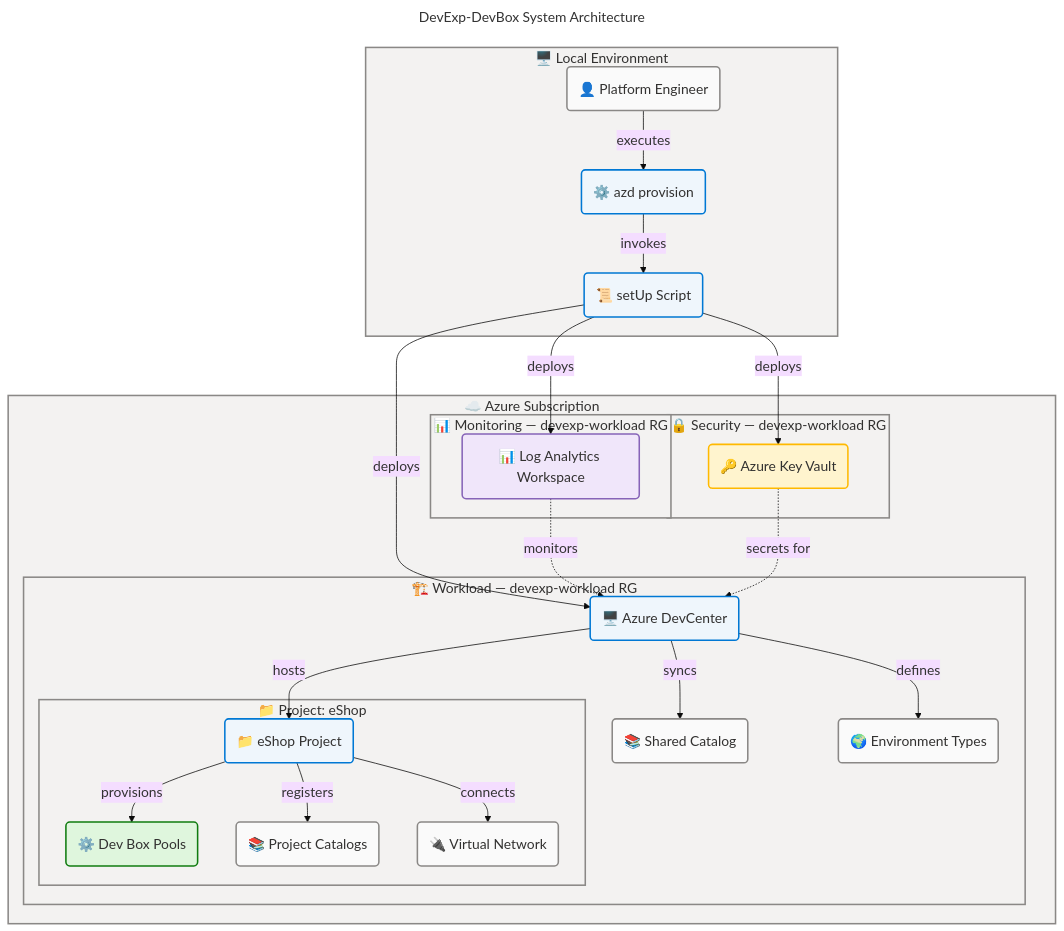
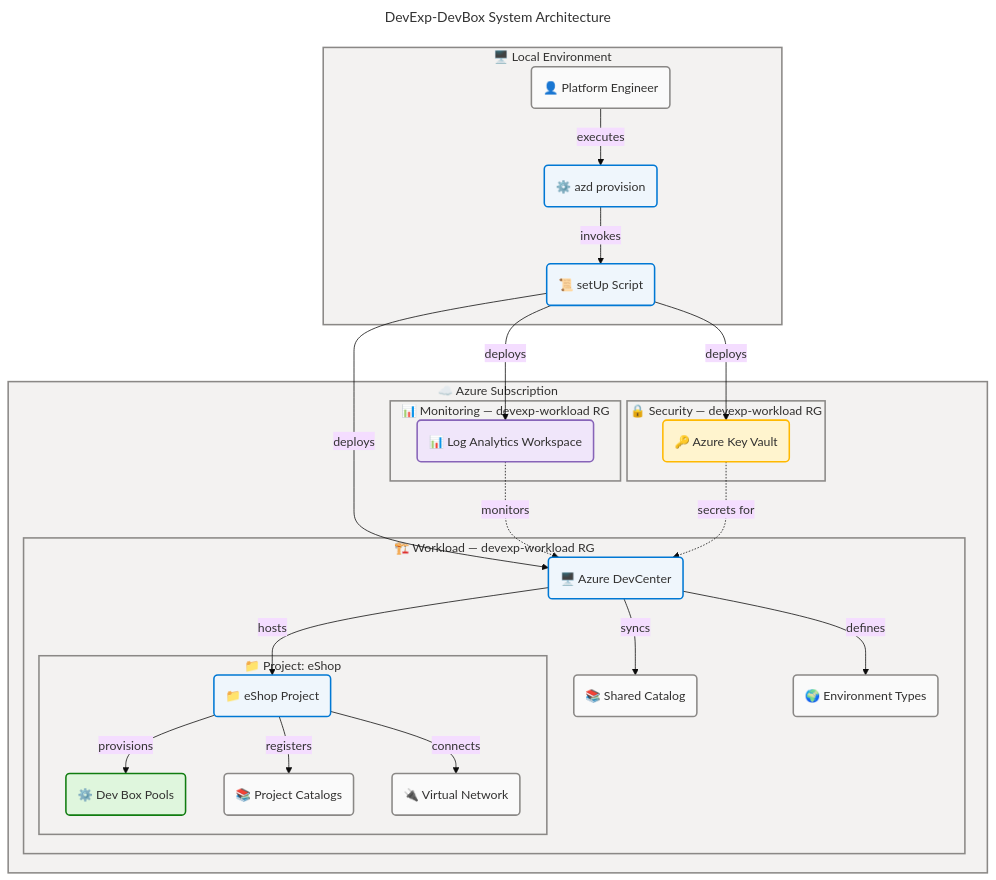
The diagram in README.md (Evilazaro/DevExp-DevBox), drawn with Mermaid before and after one commit.

Commit message:
fix: update font size in flowchart configuration for improved readability

````diff
--- a/README.md
+++ b/README.md
@@ -51,81 +51,81 @@
 ```mermaid
 ---
 title: "DevExp-DevBox System Architecture"
 config:
   theme: base
   look: classic
   layout: dagre
   flowchart:
     htmlLabels: true
   themeVariables:
-    fontSize: '18px'
+    fontSize: '16px'
 ---
 flowchart TB
     accTitle: DevExp-DevBox System Architecture
     accDescr: Deployment workflow from platform engineer to Azure DevCenter, with Key Vault, Log Analytics, Dev Box pools, and virtual network connectivity
 
     %% ═══════════════════════════════════════════════════════════════════════════
     %% AZURE / FLUENT ARCHITECTURE PATTERN v1.1
     %% (Semantic + Structural + Font + Accessibility Governance)
     %% ═══════════════════════════════════════════════════════════════════════════
     %% PHASE 1 - FLUENT UI: All styling uses approved Fluent UI palette only
     %% PHASE 2 - GROUPS: Every subgraph has semantic color via style directive
     %% PHASE 3 - COMPONENTS: Every node has semantic classDef + icon prefix
     %% PHASE 4 - ACCESSIBILITY: accTitle/accDescr present, WCAG AA contrast
     %% PHASE 5 - STANDARD: Governance block present, classDefs centralized
     %% ═══════════════════════════════════════════════════════════════════════════
 
     subgraph devEnv["🖥️ Local Environment"]
         dev("👤 Platform Engineer"):::neutral
         azdUp("⚙️ azd provision"):::core
         setScript("📜 setUp Script"):::core
     end
 
     subgraph azureSub["☁️ Azure Subscription"]
         subgraph monitoringLayer["📊 Monitoring — devexp-workload RG"]
             la("📊 Log Analytics Workspace"):::data
         end
         subgraph securityLayer["🔒 Security — devexp-workload RG"]
             kv("🔑 Azure Key Vault"):::warning
         end
         subgraph workloadLayer["🏗️ Workload — devexp-workload RG"]
             dc("🖥️ Azure DevCenter"):::core
             catalog("📚 Shared Catalog"):::neutral
             envTypes("🌍 Environment Types"):::neutral
             subgraph eShopProject["📁 Project: eShop"]
                 proj("📁 eShop Project"):::core
                 pools("⚙️ Dev Box Pools"):::success
                 projCatalog("📚 Project Catalogs"):::neutral
                 vnet("🔌 Virtual Network"):::neutral
             end
         end
     end
 
     dev -->|"executes"| azdUp
     azdUp -->|"invokes"| setScript
     setScript -->|"deploys"| la
     setScript -->|"deploys"| kv
     setScript -->|"deploys"| dc
     dc -->|"syncs"| catalog
     dc -->|"defines"| envTypes
     dc -->|"hosts"| proj
     proj -->|"provisions"| pools
     proj -->|"registers"| projCatalog
     proj -->|"connects"| vnet
     la -.->|"monitors"| dc
     kv -.->|"secrets for"| dc
 
     style devEnv fill:#F3F2F1,stroke:#8A8886,stroke-width:2px,color:#323130
     style azureSub fill:#F3F2F1,stroke:#8A8886,stroke-width:2px,color:#323130
     style monitoringLayer fill:#F3F2F1,stroke:#8A8886,stroke-width:2px,color:#323130
     style securityLayer fill:#F3F2F1,stroke:#8A8886,stroke-width:2px,color:#323130
     style workloadLayer fill:#F3F2F1,stroke:#8A8886,stroke-width:2px,color:#323130
     style eShopProject fill:#F3F2F1,stroke:#8A8886,stroke-width:2px,color:#323130
 
     %% Centralized semantic classDefs (Phase 5 compliant)
     classDef neutral fill:#FAFAFA,stroke:#8A8886,stroke-width:2px,color:#323130
     classDef core fill:#EFF6FC,stroke:#0078D4,stroke-width:2px,color:#323130
     classDef success fill:#DFF6DD,stroke:#107C10,stroke-width:2px,color:#323130
     classDef warning fill:#FFF4CE,stroke:#FFB900,stroke-width:2px,color:#323130
     classDef data fill:#F0E6FA,stroke:#8764B8,stroke-width:2px,color:#323130
 ```
````
